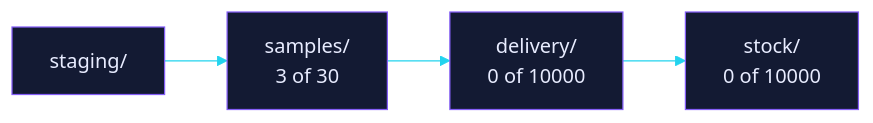
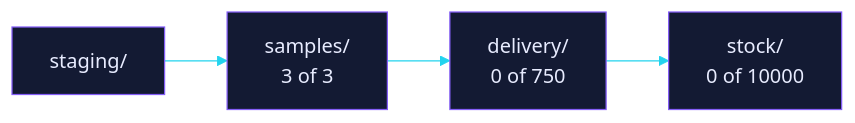
One commit to EtharaOrion/argos-samples changed the second of 2 diagrams in README.md. Above: the diagram before and after it, drawn with Mermaid. The commit also changed other lines of this file, not shown here.

````diff
--- a/README.md
+++ b/README.md
@@ -72,8 +72,8 @@
 ```mermaid
 %%{init: {"theme":"base","themeVariables":{"primaryColor":"#131a33","primaryTextColor":"#e8ecff","primaryBorderColor":"#845EF7","lineColor":"#22d3ee","fontFamily":"monospace"}}}%%
 flowchart LR
     staging["staging/"]
-    staging --> samples["samples/<br/>3 of 30"]
-    samples --> delivery["delivery/<br/>0 of 10000"]
+    staging --> samples["samples/<br/>3 of 3"]
+    samples --> delivery["delivery/<br/>0 of 750"]
     delivery --> stock["stock/<br/>0 of 10000"]
 ```
````
